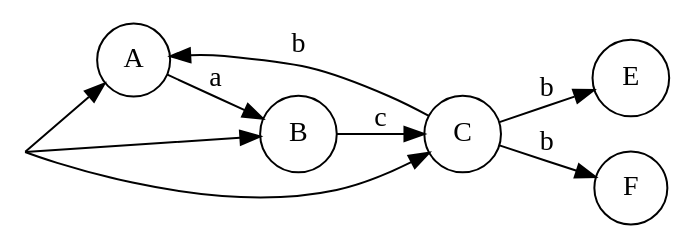
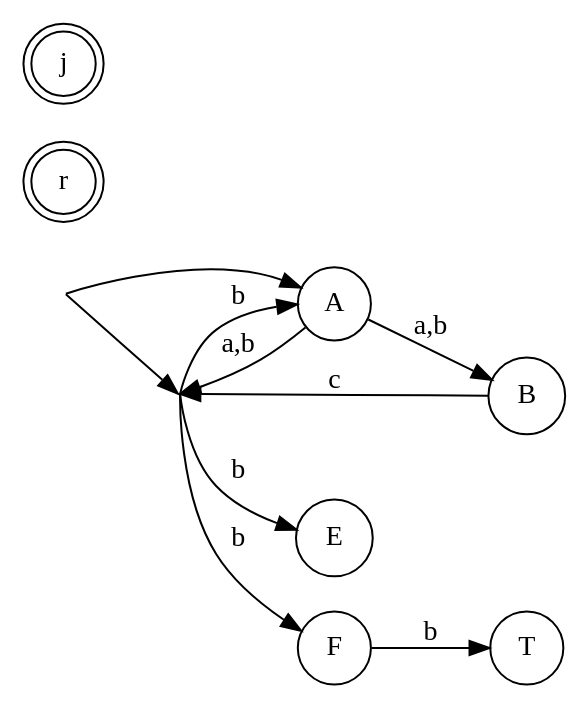
One commit to AmineElBiydi/Automate changed the diagram in test1.dot. Above: the diagram before and after it, drawn with Graphviz. The commit also changed 4 other files, not shown here.

```diff
--- a/test1.dot
+++ b/test1.dot
@@ -1,13 +1,13 @@
 digraph Automate {
     rankdir=LR;
-    
-    node[shape=point, width=0];start;
-    node[shape=circle];A,B,C,E,F;
-    node[shape=doublecircle]E;
-    start -> A,C,B;
-    A->B [label="a"];
-    B->C [label="c"];
-    C->A [label="b"];
-    C->E [label="b"];
-    C->F [label="b"];
+    node[shape=point,width=0]start,C,D;
+    node[shape=circle]A,B,T,C,E,F;
+    node[shape=doublecircle]E,T,r,j;
+    start->A,C;
+    A->C,B[label="a,b"];
+    B->C[label="c"];
+    C->A[label="b"];
+    C->E[label="b"];
+    C->F[label="b"];
+    F->T[label="b"];
 }
```
